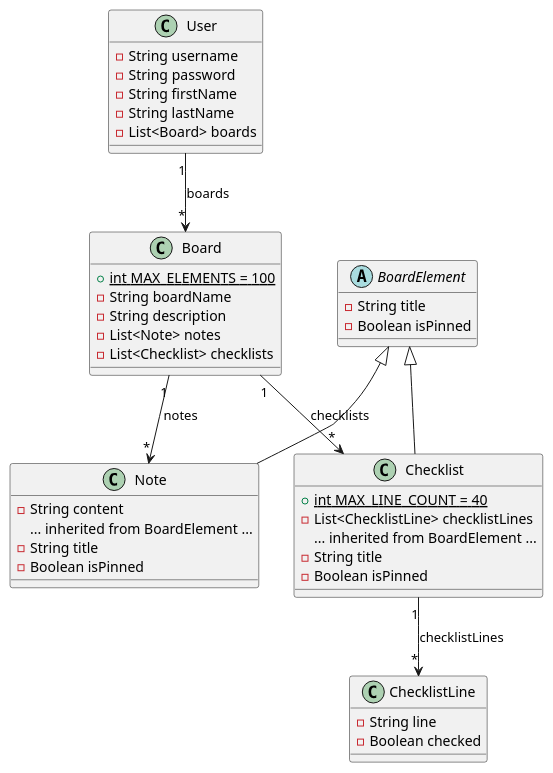
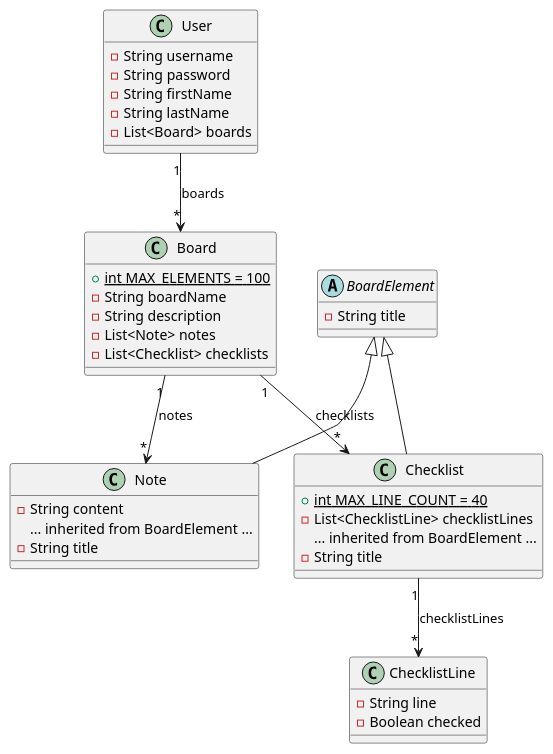
One commit to Arashfa0301/Script changed the diagram in docs/resources/ClassDiagram.puml. Above: the diagram before and after it, drawn with PlantUML. The commit also changed 5 other files, not shown here.

```diff
--- a/docs/resources/ClassDiagram.puml
+++ b/docs/resources/ClassDiagram.puml
@@ -1,53 +1,48 @@
 @startuml ClassDiagram
 
 class User [[java:core.main.user]] {
 	-String username
 	-String password
 	-String firstName
     -String lastName
     -List<Board> boards
 }
 
 class Board [[java:core.main.Board]] {
 	+{static} int MAX_ELEMENTS = 100
     -String boardName
     -String description
     -List<Note> notes
     -List<Checklist> checklists
 }
 
 abstract class BoardElement [[java:core.main.BoardElement]] {
 	-String title
-    -Boolean isPinned
 }
 
 class Note [[java:core.main.Note]] {
 	-String content
     ... inherited from BoardElement ...
     -String title
-    -Boolean isPinned
 }
 
 class Checklist [[java:core.main.Checklist]] {
 	+{static} int MAX_LINE_COUNT = 40
 	-List<ChecklistLine> checklistLines
     ... inherited from BoardElement ...
     -String title
-    -Boolean isPinned
 }
 
 class ChecklistLine [[java:core.main.ChecklistLine]] {
     -String line
     -Boolean checked    
 }
-
-
 
 User "1" --> "*" Board : boards
 Board "1"--> "*" Checklist : checklists
 Board "1" --> "*" Note : notes
 Checklist "1" --> "*" ChecklistLine : checklistLines
 BoardElement <|-- Checklist
 BoardElement <|-- Note
 
 @enduml
```
